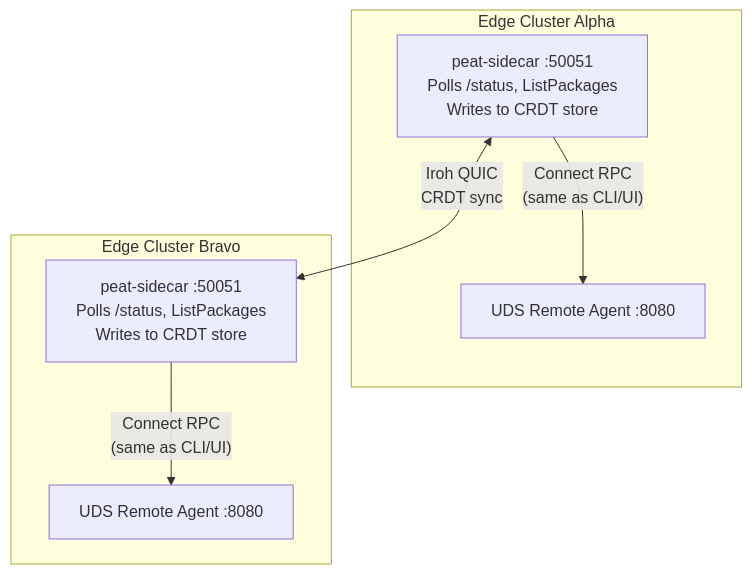
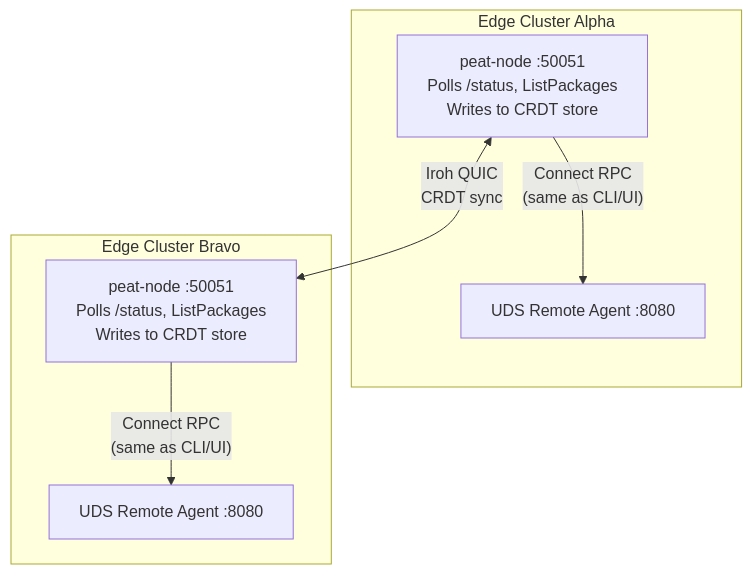
The second of 2 diagrams in README.md (defenseunicorns/peat-node), drawn with Mermaid before and after one commit. The commit also changed other lines of this file and 38 other files, not shown here.

First line of the commit message:
refactor: rename peat-sidecar to peat-node

````diff
--- a/README.md
+++ b/README.md
@@ -30,14 +30,14 @@
 ```mermaid
 graph TB
     subgraph alpha["Edge Cluster Alpha"]
         agentA["UDS Remote Agent :8080"]
-        sidecarA["peat-sidecar :50051<br/>Polls /status, ListPackages<br/>Writes to CRDT store"]
+        sidecarA["peat-node :50051<br/>Polls /status, ListPackages<br/>Writes to CRDT store"]
         sidecarA -- "Connect RPC<br/>(same as CLI/UI)" --> agentA
     end
     subgraph bravo["Edge Cluster Bravo"]
         agentB["UDS Remote Agent :8080"]
-        sidecarB["peat-sidecar :50051<br/>Polls /status, ListPackages<br/>Writes to CRDT store"]
+        sidecarB["peat-node :50051<br/>Polls /status, ListPackages<br/>Writes to CRDT store"]
         sidecarB -- "Connect RPC<br/>(same as CLI/UI)" --> agentB
     end
     sidecarA <-- "Iroh QUIC<br/>CRDT sync" --> sidecarB
 ```
````
